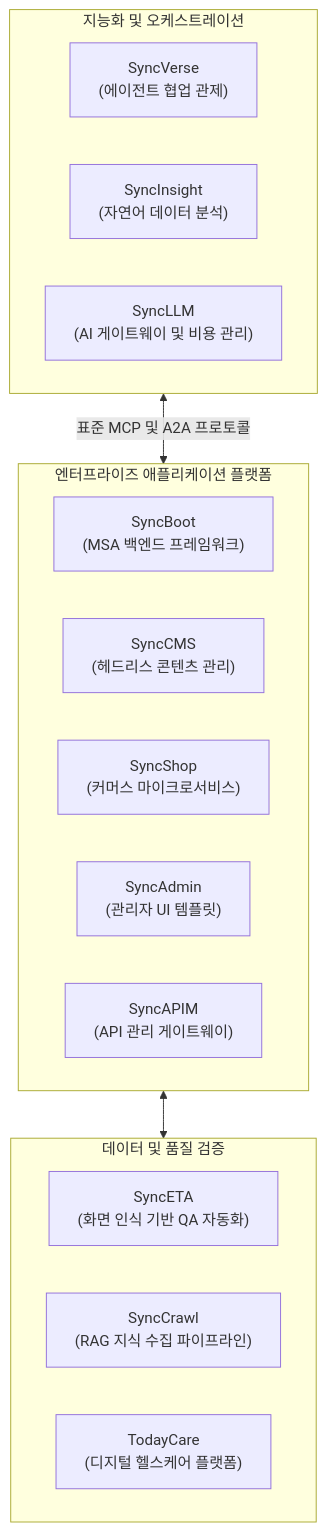
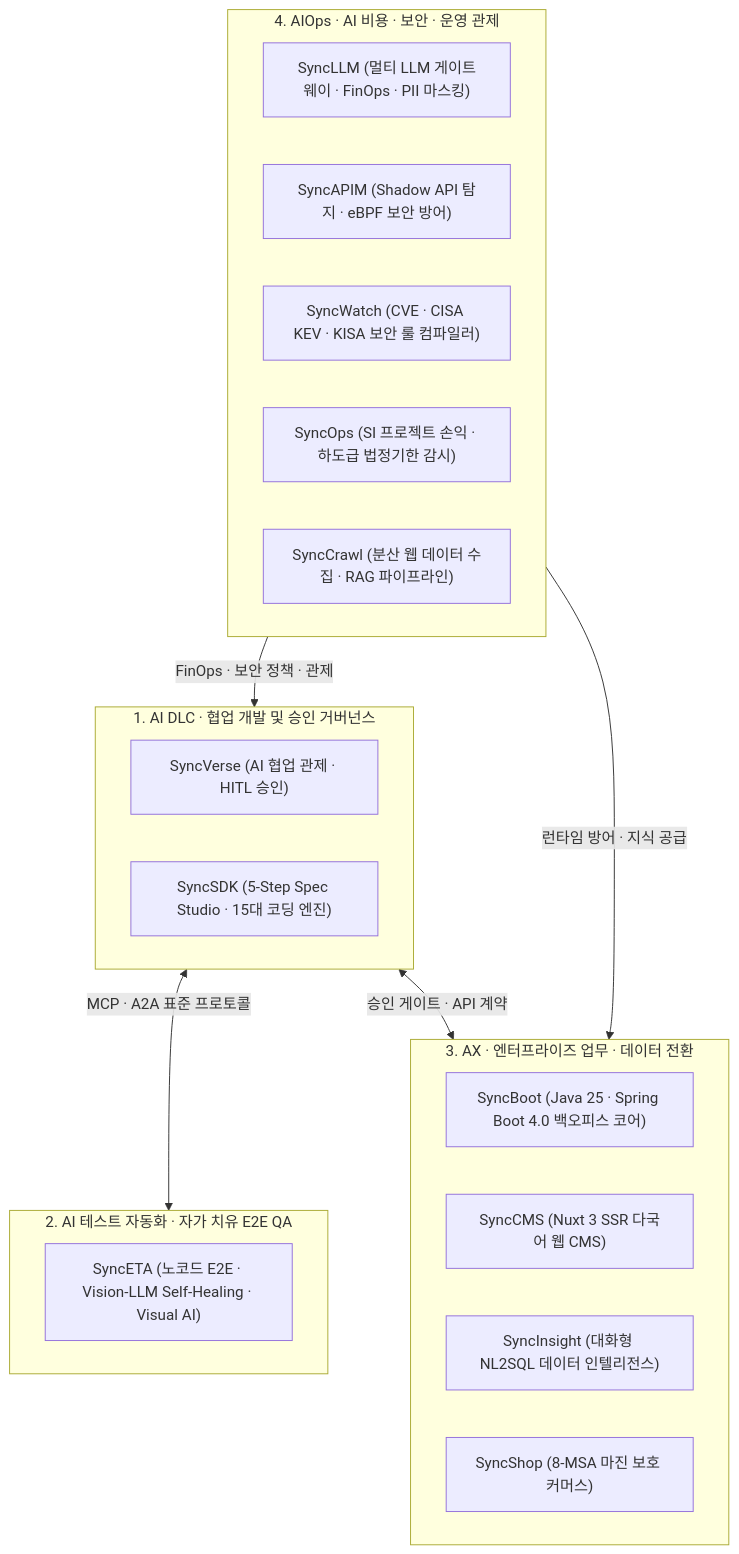
Before and after one commit to DramaticCollaboration/.github: the diagram in profile/README.md, drawn with Mermaid. The commit also changed other lines of this file, not shown here.

Commit message:
docs(profile): revamp org profile around AI Test Automation, AI DLC, AX, and AIOps

````diff
--- a/profile/README.md
+++ b/profile/README.md
@@ -26,25 +25,31 @@
 ```mermaid
 flowchart TD
-    subgraph Intelligence ["지능화 및 오케스트레이션"]
-        SV["SyncVerse<br/>(에이전트 협업 관제)"]
-        SI["SyncInsight<br/>(자연어 데이터 분석)"]
-        SL["SyncLLM<br/>(AI 게이트웨이 및 비용 관리)"]
+    subgraph AIDLC ["1. AI DLC · 협업 개발 및 승인 거버넌스"]
+        SV["SyncVerse (AI 협업 관제 · HITL 승인)"]
+        SD["SyncSDK (5-Step Spec Studio · 15대 코딩 엔진)"]
     end
 
-    subgraph Platform ["엔터프라이즈 애플리케이션 플랫폼"]
-        SB["SyncBoot<br/>(MSA 백엔드 프레임워크)"]
-        SC["SyncCMS<br/>(헤드리스 콘텐츠 관리)"]
-        SH["SyncShop<br/>(커머스 마이크로서비스)"]
-        SA["SyncAdmin<br/>(관리자 UI 템플릿)"]
-        AP["SyncAPIM<br/>(API 관리 게이트웨이)"]
+    subgraph AIQA ["2. AI 테스트 자동화 · 자가 치유 E2E QA"]
+        SE["SyncETA (노코드 E2E · Vision-LLM Self-Healing · Visual AI)"]
     end
 
-    subgraph DataQA ["데이터 및 품질 검증"]
-        SE["SyncETA<br/>(화면 인식 기반 QA 자동화)"]
-        CR["SyncCrawl<br/>(RAG 지식 수집 파이프라인)"]
-        TC["TodayCare<br/>(디지털 헬스케어 플랫폼)"]
+    subgraph AX ["3. AX · 엔터프라이즈 업무 · 데이터 전환"]
+        SB["SyncBoot (Java 25 · Spring Boot 4.0 백오피스 코어)"]
+        SC["SyncCMS (Nuxt 3 SSR 다국어 웹 CMS)"]
+        SI["SyncInsight (대화형 NL2SQL 데이터 인텔리전스)"]
+        SH["SyncShop (8-MSA 마진 보호 커머스)"]
     end
 
-    Intelligence <-->|표준 MCP 및 A2A 프로토콜| Platform
-    Platform <--> DataQA
+    subgraph AIOPS ["4. AIOps · AI 비용 · 보안 · 운영 관제"]
+        SL["SyncLLM (멀티 LLM 게이트웨이 · FinOps · PII 마스킹)"]
+        AP["SyncAPIM (Shadow API 탐지 · eBPF 보안 방어)"]
+        SW["SyncWatch (CVE · CISA KEV · KISA 보안 룰 컴파일러)"]
+        SO["SyncOps (SI 프로젝트 손익 · 하도급 법정기한 감시)"]
+        CR["SyncCrawl (분산 웹 데이터 수집 · RAG 파이프라인)"]
+    end
+
+    AIDLC <-->|"MCP · A2A 표준 프로토콜"| AIQA
+    AIDLC <-->|"승인 게이트 · API 계약"| AX
+    AIOPS -->|"FinOps · 보안 정책 · 관제"| AIDLC
+    AIOPS -->|"런타임 방어 · 지식 공급"| AX
 ```
````
